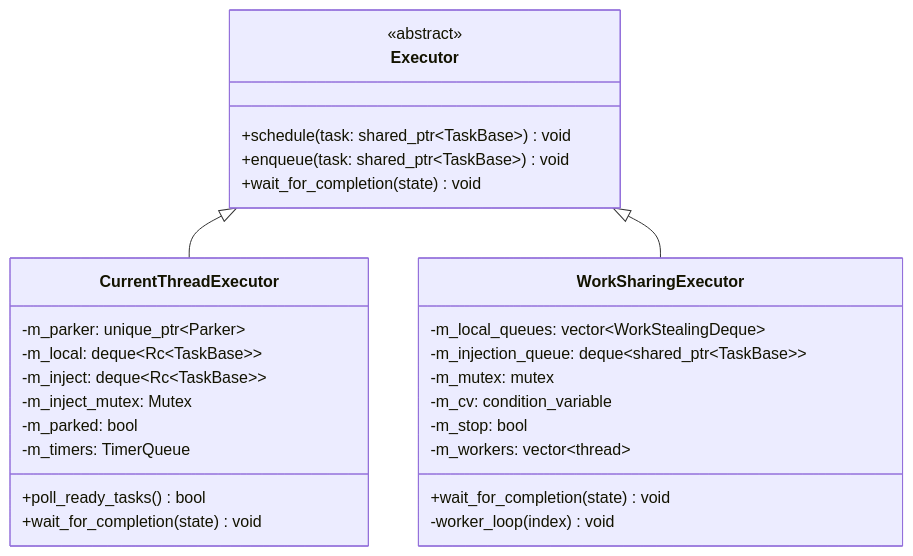
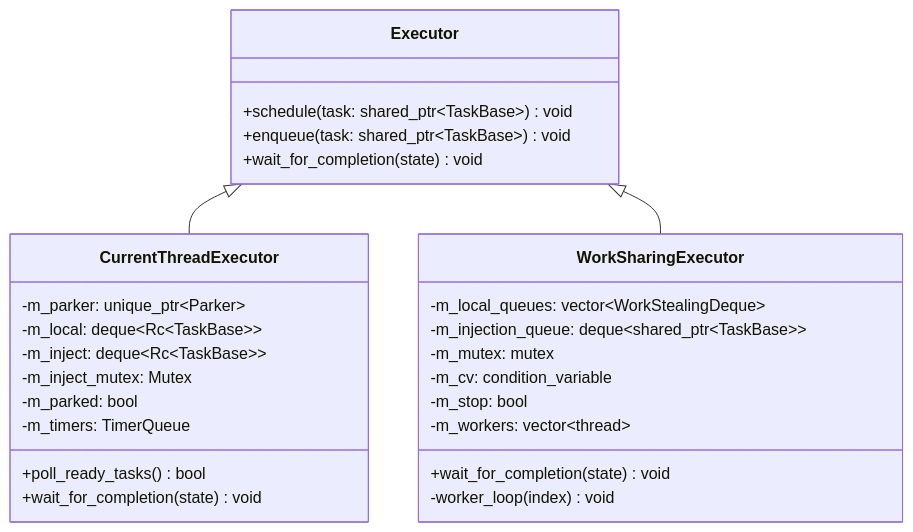
Before and after one commit to bts164/coro: the second of 3 diagrams in doc/design/executor_design.md, drawn with Mermaid. The commit also changed other lines of this file and 43 other files, not shown here.

````diff
--- a/doc/design/executor_design.md
+++ b/doc/design/executor_design.md
@@ -561,31 +577,30 @@
 ```mermaid
 classDiagram
     class Executor {
-        <<abstract>>
         +schedule(task: shared_ptr~TaskBase~) void
         +enqueue(task: shared_ptr~TaskBase~) void
         +wait_for_completion(state) void
     }
     class CurrentThreadExecutor {
         -m_parker: unique_ptr~Parker~
         -m_local: deque~Rc~TaskBase~~
         -m_inject: deque~Rc~TaskBase~~
         -m_inject_mutex: Mutex
         -m_parked: bool
         -m_timers: TimerQueue
         +poll_ready_tasks() bool
         +wait_for_completion(state) void
     }
     class WorkSharingExecutor {
         -m_local_queues: vector~WorkStealingDeque~
         -m_injection_queue: deque~shared_ptr~TaskBase~~
         -m_mutex: mutex
         -m_cv: condition_variable
         -m_stop: bool
         -m_workers: vector~thread~
         +wait_for_completion(state) void
         -worker_loop(index) void
     }
     Executor <|-- CurrentThreadExecutor
     Executor <|-- WorkSharingExecutor
 ```
````
